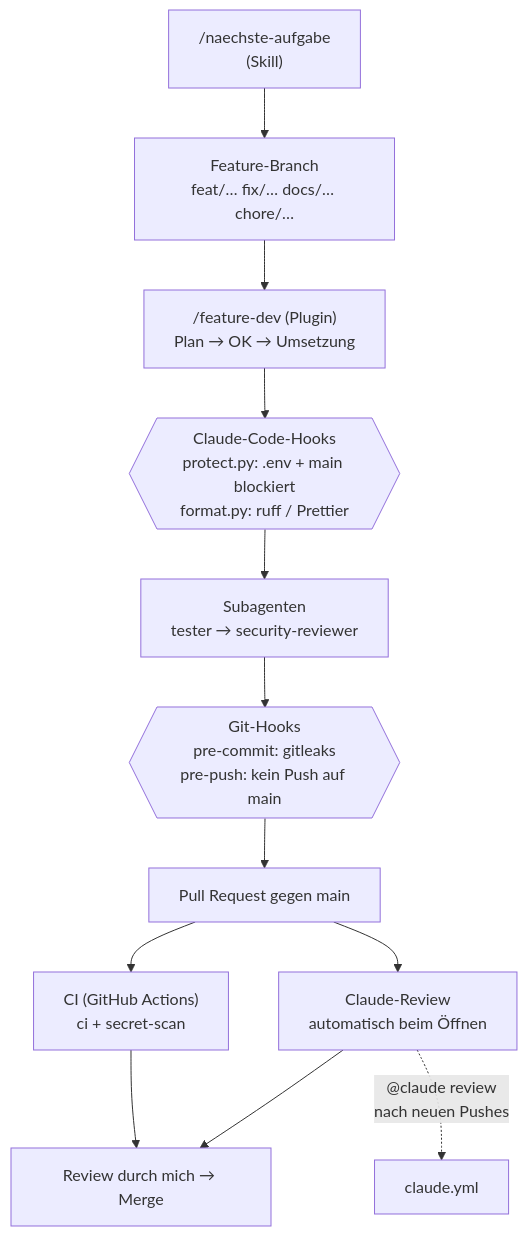
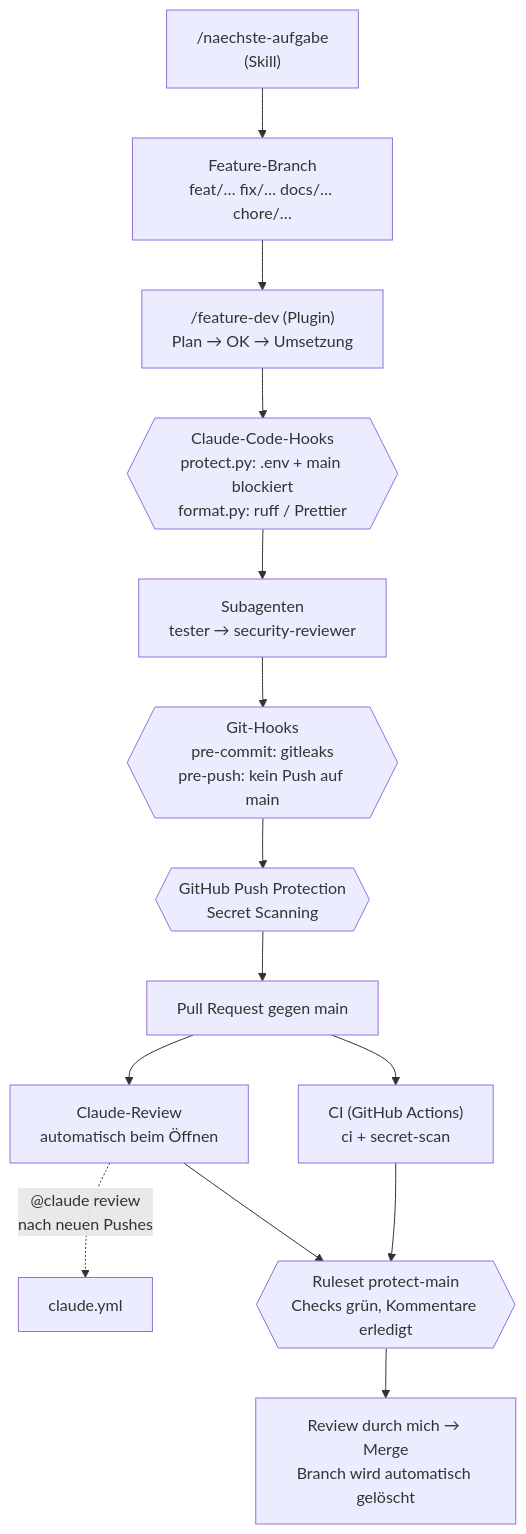
One commit to SahanDurak/lernraum-cockpit changed the diagram in docs/HARNESS.md. Above: the diagram before and after it, drawn with Mermaid. The commit also changed other lines of this file and 3 other files, not shown here.

````diff
--- a/docs/HARNESS.md
+++ b/docs/HARNESS.md
@@ -7,14 +7,16 @@
 ```mermaid
 flowchart TD
     A["/naechste-aufgabe<br/>(Skill)"] --> B["Feature-Branch<br/>feat/… fix/… docs/… chore/…"]
     B --> C["/feature-dev (Plugin)<br/>Plan → OK → Umsetzung"]
     C --> D{{"Claude-Code-Hooks<br/>protect.py: .env + main blockiert<br/>format.py: ruff / Prettier"}}
     D --> E["Subagenten<br/>tester → security-reviewer"]
     E --> F{{"Git-Hooks<br/>pre-commit: gitleaks<br/>pre-push: kein Push auf main"}}
-    F --> G["Pull Request gegen main"]
+    F --> P{{"GitHub Push Protection<br/>Secret Scanning"}}
+    P --> G["Pull Request gegen main"]
     G --> H["CI (GitHub Actions)<br/>ci + secret-scan"]
     G --> I["Claude-Review<br/>automatisch beim Öffnen"]
     I -. "@claude review<br/>nach neuen Pushes" .-> J["claude.yml"]
-    H --> K["Review durch mich → Merge"]
-    I --> K
+    H --> R{{"Ruleset protect-main<br/>Checks grün, Kommentare erledigt"}}
+    I --> R
+    R --> K["Review durch mich → Merge<br/>Branch wird automatisch gelöscht"]
 ```
````
